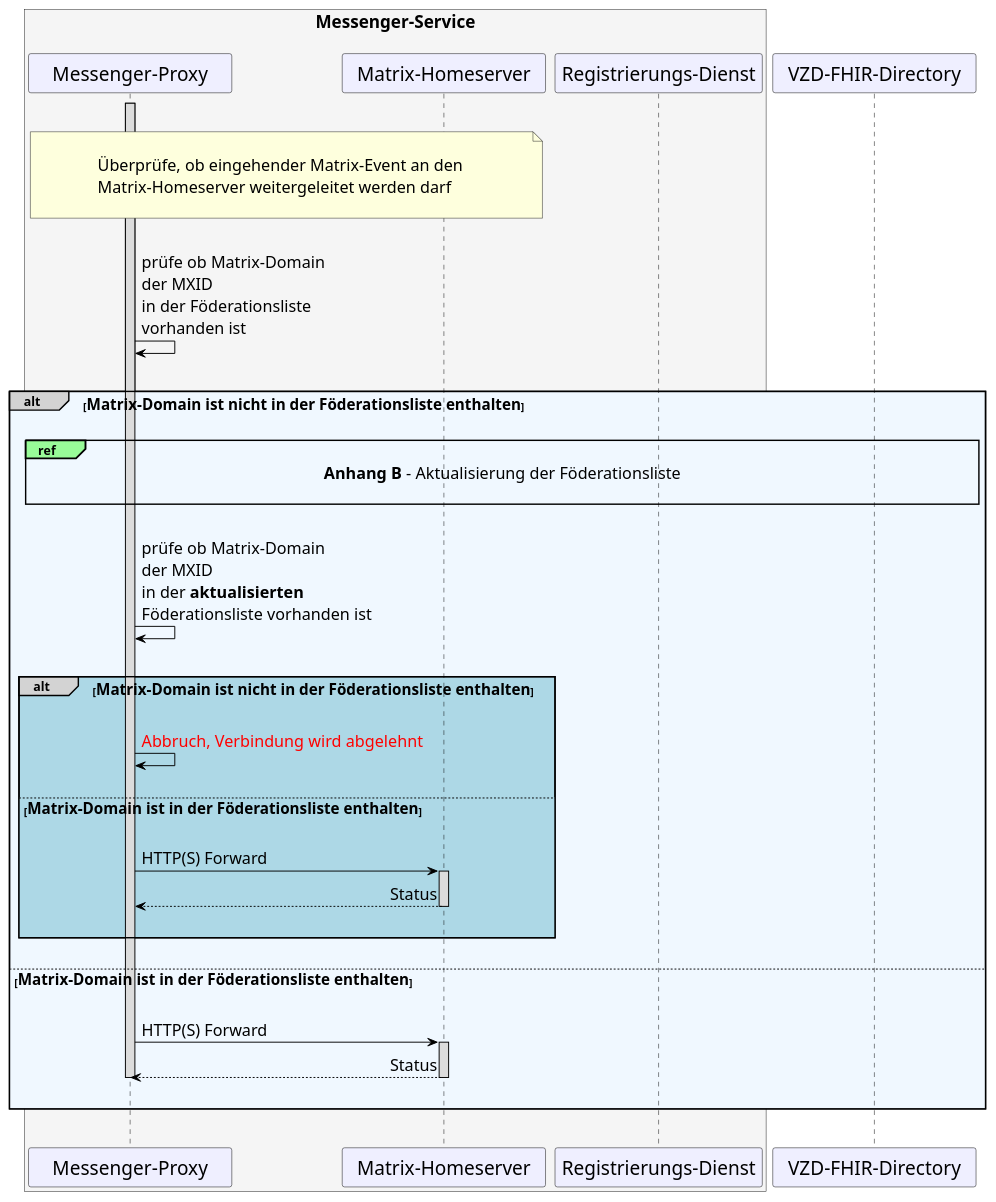
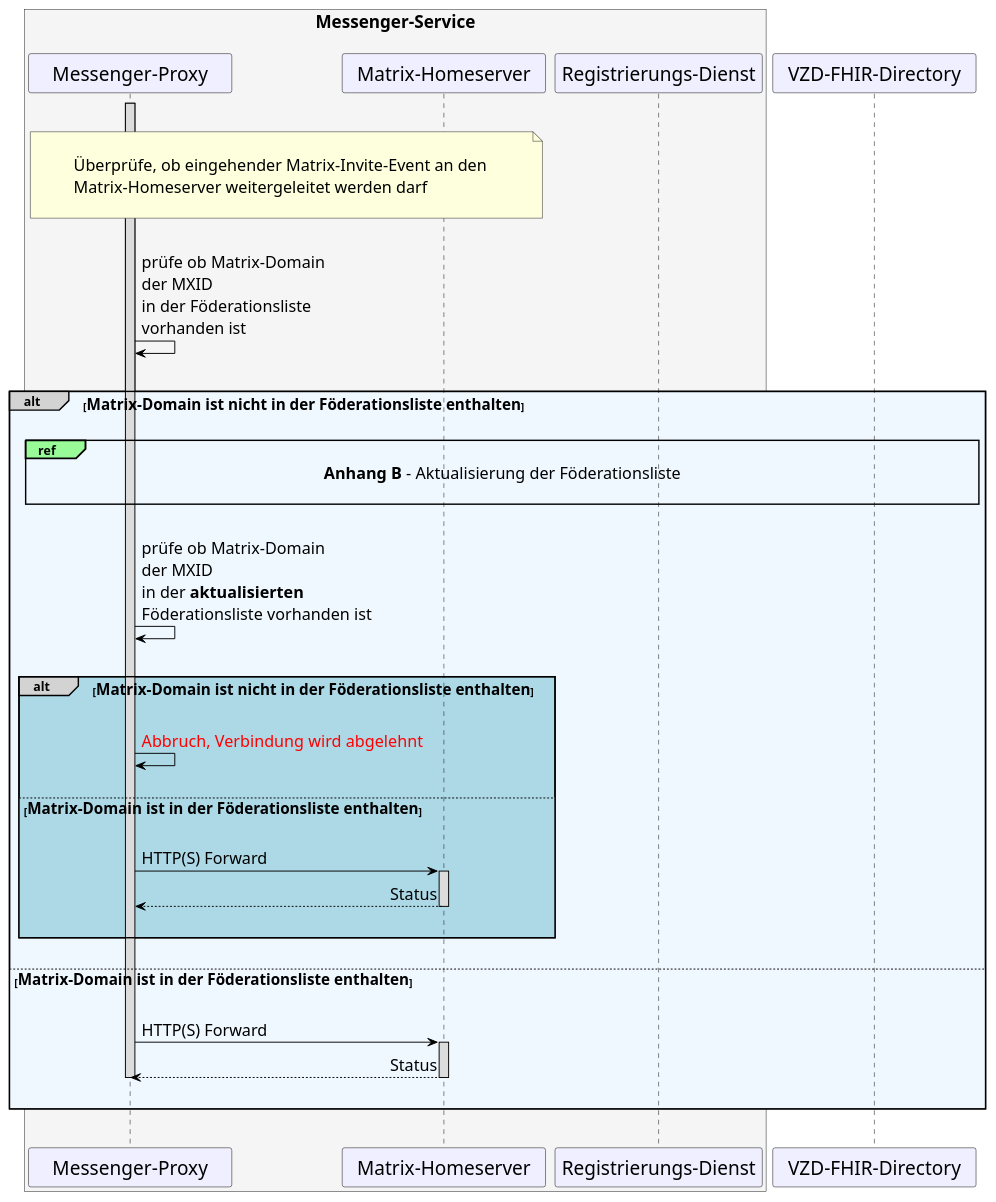
The diagram in src/plantuml/TI-Messenger-Dienst/Ressourcen/UC_10064_Seq.puml (gematik/api-ti-messenger), drawn with PlantUML before and after one commit.

```diff
--- a/src/plantuml/TI-Messenger-Dienst/Ressourcen/UC_10064_Seq.puml
+++ b/src/plantuml/TI-Messenger-Dienst/Ressourcen/UC_10064_Seq.puml
@@ -9,76 +9,76 @@
 @startuml
 skinparam sequenceMessageAlign direction
 skinparam minClassWidth 200
 skinparam BoxPadding 1
 skinparam sequenceReferenceHeaderBackgroundColor palegreen
 scale max 2048 width
 
 skinparam sequence {
 ArrowColor black
 ArrowFontSize 17
 ActorBorderColor black
 LifeLineBorderColor black
 LifeLineBackgroundColor Gainsboro
 
 ParticipantBorderColor Motivation
 ParticipantBackgroundColor Motivation
 ParticipantFontName Impact
 ParticipantFontSize 20
 ParticipantFontColor black
 ParticipantBorderColor Black
 ParticipantBackgroundColor MOTIVATION
 
 ActorBackgroundColor Gainsboro
 ActorFontColor black
 ActorFontSize 20
 ActorFontName Aapex
 }
     box <size:18>Messenger-Service\n#WhiteSmoke
     participant MP as "Messenger-Proxy"
     participant MH as "Matrix-Homeserver"
     participant RD as "Registrierungs-Dienst"
     end box
     participant VZD as "VZD-FHIR-Directory"
 
 |||
-note over MP, MH: \n<size:17>Überprüfe, ob eingehender Matrix-Event an den \n<size:17>Matrix-Homeserver weitergeleitet werden darf</size>\n
+note over MP, MH: \n<size:17>Überprüfe, ob eingehender Matrix-Invite-Event an den \n<size:17>Matrix-Homeserver weitergeleitet werden darf</size>\n
 |||
 
     Activate MP
   MP->MP: prüfe ob Matrix-Domain \nder MXID \nin der Föderationsliste \nvorhanden ist
 
 |||
 alt#LightGrey #AliceBlue <size:16>Matrix-Domain ist nicht in der Föderationsliste enthalten</size>
 |||  
 
   ref over MP, VZD: <size:17>**Anhang B** - Aktualisierung der Föderationsliste</size>\n 
   |||
   MP->MP: prüfe ob Matrix-Domain \nder MXID \nin der **aktualisierten** \nFöderationsliste vorhanden ist
   |||
 
     alt#LightGrey #LightBlue <size:16>Matrix-Domain ist nicht in der Föderationsliste enthalten</size>
       |||
       MP->MP: <font color=red>Abbruch, Verbindung wird abgelehnt</font>
       ||| 
       else <size:16>Matrix-Domain ist in der Föderationsliste enthalten</size>
       |||
          MP->MH: HTTP(S) Forward
           Activate MH
         MH-->MP: Status
           Deactivate MH
       |||
     end
 
   |||
   else <size:16>Matrix-Domain ist in der Föderationsliste enthalten</size>
     ||| 
     MP->MH: HTTP(S) Forward
       Activate MH
     MH-->MP: Status
       Deactivate MH
       Deactivate MP
     ||| 
 
 end
 |||
 @enduml
```
